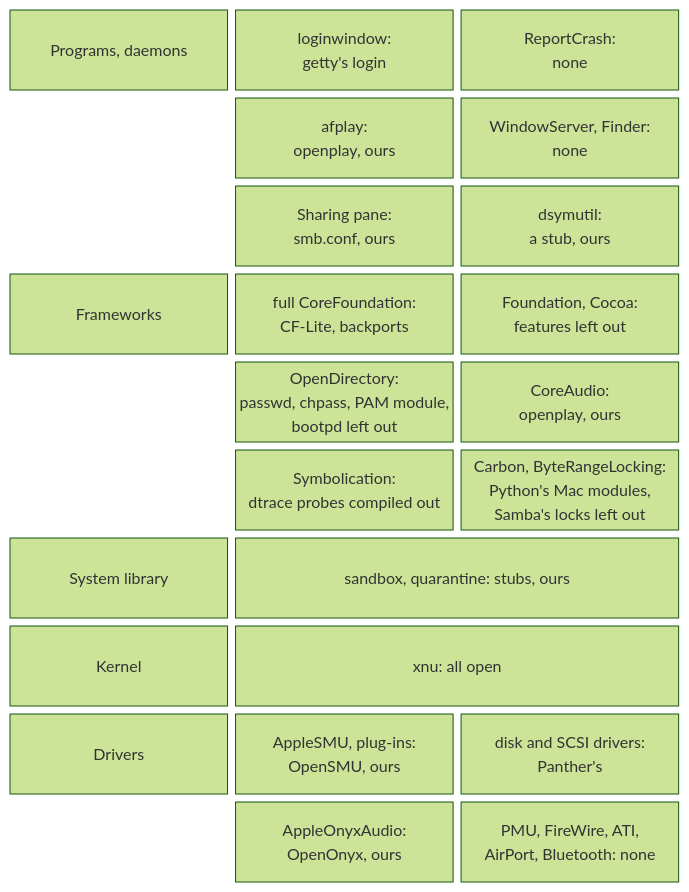
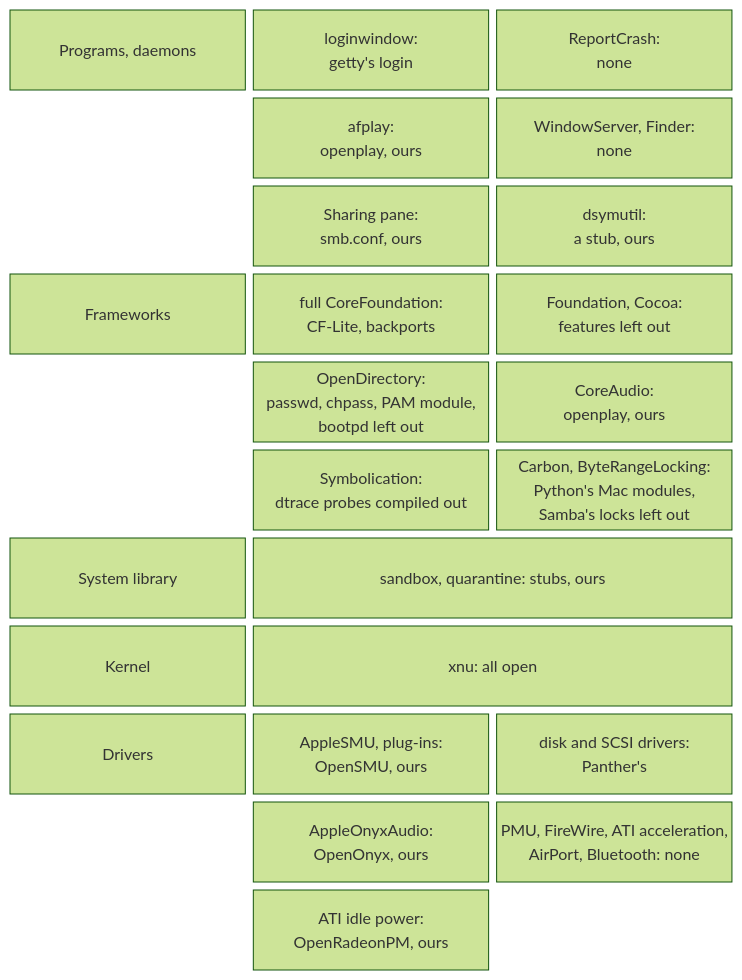
One commit to nyg/PowerDarwin changed the diagram in docs/src/synthesis/what-stays-closed.md. Above: the diagram before and after it, drawn with Mermaid (forest theme). The commit also changed other lines of this file and 20 other files, not shown here.

Commit message:
feat: add OpenRadeonPM and reach Step 13, the GPU at idle (#12)

````diff
--- a/docs/src/synthesis/what-stays-closed.md
+++ b/docs/src/synthesis/what-stays-closed.md
@@ -25,14 +25,15 @@
 ```mermaid
 block-beta
     columns 3
     p["Programs, daemons"] p1["loginwindow:<br/>getty's login"] p2["ReportCrash:<br/>none"]
     space p3["afplay:<br/>openplay, ours"] p4["WindowServer, Finder:<br/>none"]
     space p5["Sharing pane:<br/>smb.conf, ours"] p6["dsymutil:<br/>a stub, ours"]
     f["Frameworks"] f1["full CoreFoundation:<br/>CF-Lite, backports"] f2["Foundation, Cocoa:<br/>features left out"]
     space f3["OpenDirectory:<br/>passwd, chpass, PAM module,<br/>bootpd left out"] f4["CoreAudio:<br/>openplay, ours"]
     space f5["Symbolication:<br/>dtrace probes compiled out"] f6["Carbon, ByteRangeLocking:<br/>Python's Mac modules,<br/>Samba's locks left out"]
     l["System library"] l1["sandbox, quarantine: stubs, ours"]:2
     k["Kernel"] k1["xnu: all open"]:2
     d["Drivers"] d1["AppleSMU, plug-ins:<br/>OpenSMU, ours"] d2["disk and SCSI drivers:<br/>Panther's"]
-    space d3["AppleOnyxAudio:<br/>OpenOnyx, ours"] d4["PMU, FireWire, ATI,<br/>AirPort, Bluetooth: none"]
+    space d3["AppleOnyxAudio:<br/>OpenOnyx, ours"] d4["PMU, FireWire, ATI acceleration,<br/>AirPort, Bluetooth: none"]
+    space d5["ATI idle power:<br/>OpenRadeonPM, ours"] space
 ```
````
